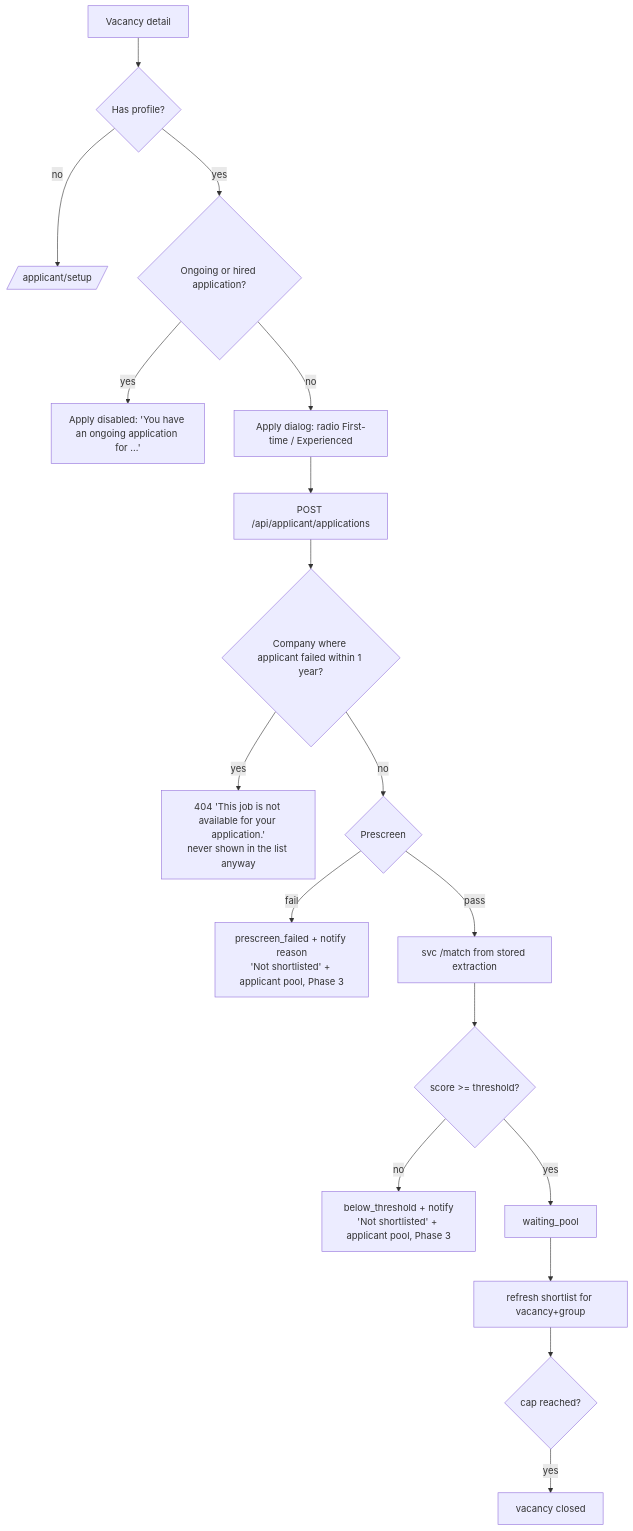
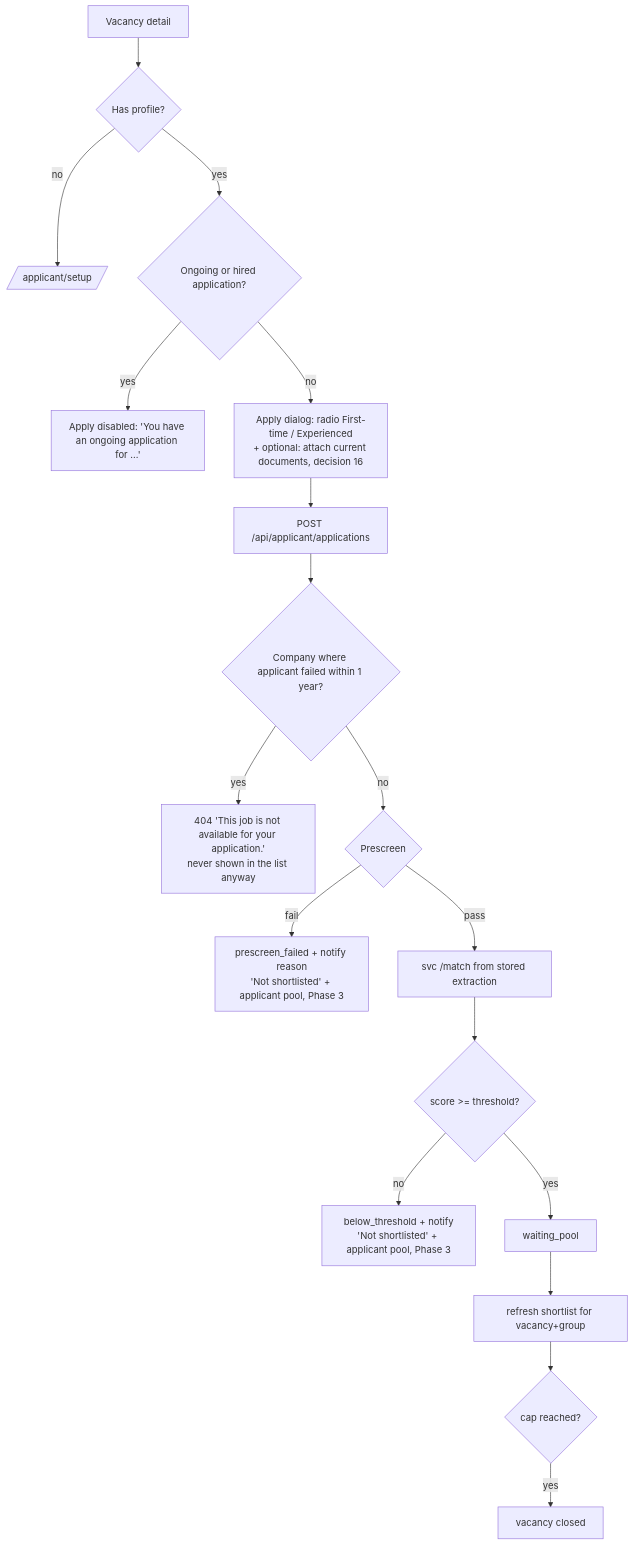
Before and after one commit to Aenyxxx/VERA: the third of 9 diagrams in docs/APP_FLOW.md, drawn with Mermaid. The commit also changed other lines of this file and 42 other files, not shown here.

Commit message:
feat(documents): Phase 4 Part C decision 16 - attach documents when applying, resume replacement during active applications (FR-APP-02, FR-PROF-06/07, BR-13); check-p4 85/85, check-p3 49/49

````diff
--- a/docs/APP_FLOW.md
+++ b/docs/APP_FLOW.md
@@ -99,20 +99,20 @@
 ```mermaid
 flowchart TD
   V[Vacancy detail] --> P{Has profile?}
   P -- no --> S[/applicant/setup/]
   P -- yes --> O{Ongoing or hired application?}
   O -- yes --> OB[Apply disabled: 'You have an ongoing application for ...']
-  O -- no --> R[Apply dialog: radio First-time / Experienced]
+  O -- no --> R[Apply dialog: radio First-time / Experienced<br/>+ optional: attach current documents, decision 16]
   R --> X[POST /api/applicant/applications]
   X --> FC{Company where applicant failed within 1 year?}
   FC -- yes --> NA[404 'This job is not available for your application.'<br/>never shown in the list anyway]
   FC -- no --> PS{Prescreen}
   PS -- fail --> F1[prescreen_failed + notify reason<br/>'Not shortlisted' + applicant pool, Phase 3]
   PS -- pass --> M[svc /match from stored extraction]
   M --> T{score >= threshold?}
   T -- no --> F2[below_threshold + notify<br/>'Not shortlisted' + applicant pool, Phase 3]
   T -- yes --> WP[waiting_pool]
   WP --> SR[refresh shortlist for vacancy+group]
   SR --> CAP{cap reached?}
   CAP -- yes --> CL[vacancy closed]
 ```
````
